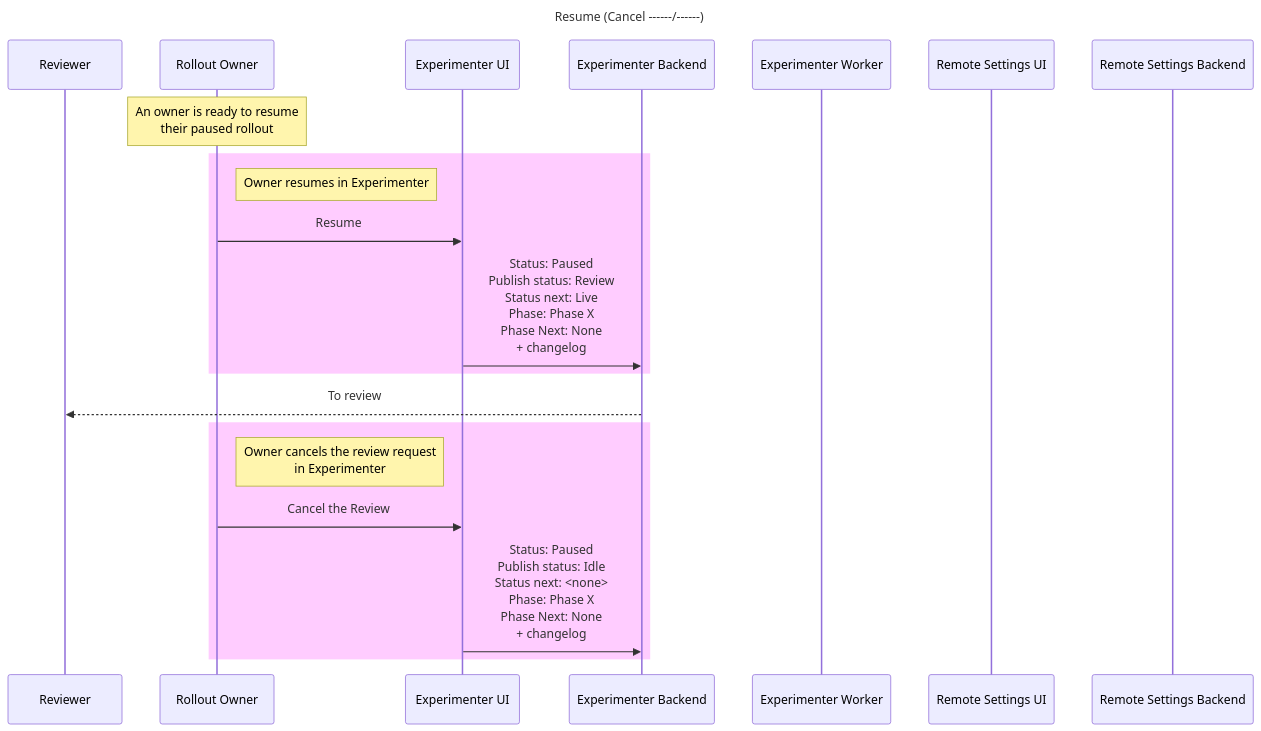
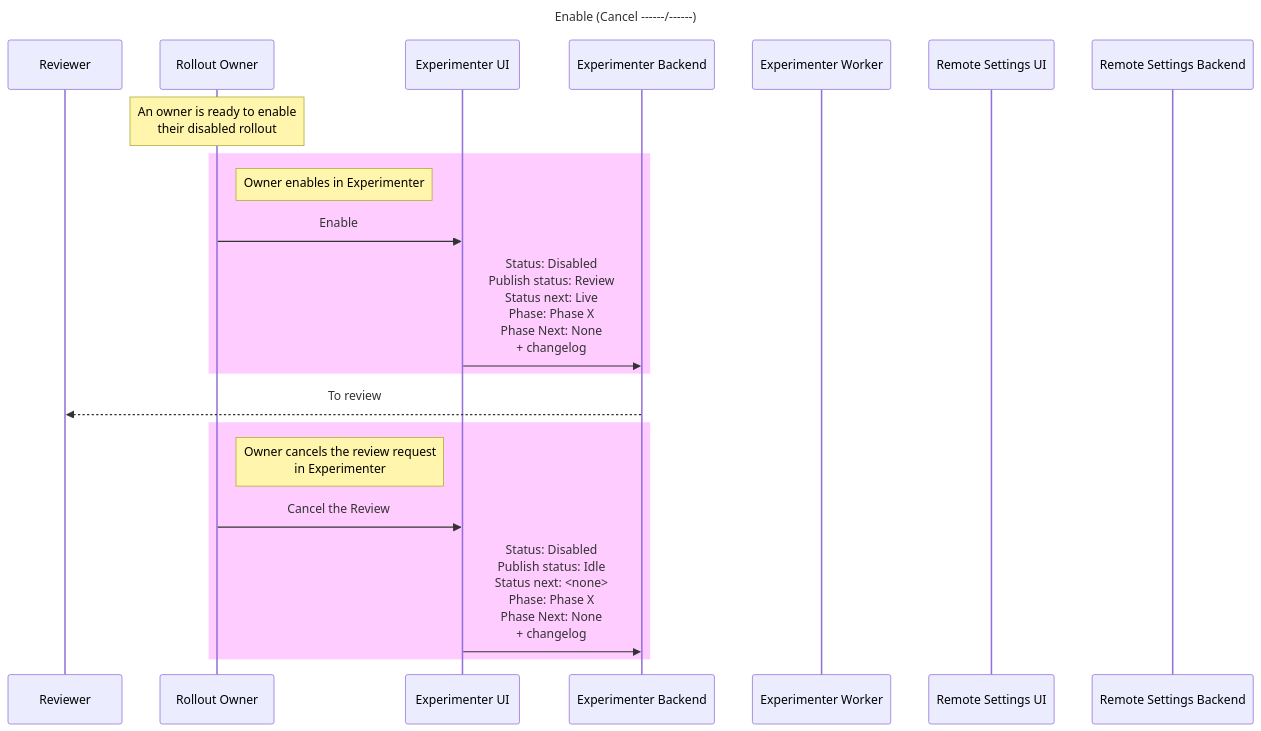
Before and after one commit to mozilla/experimenter: diagram 27 of 27 in docs/experimenter/rollouts.md, drawn with Mermaid. The commit also changed other lines of this file, not shown here.

First line of the commit message:
docs(nimbus): Add rollout mermaid diagrams

````diff
--- a/docs/experimenter/rollouts.md
+++ b/docs/experimenter/rollouts.md
@@ -1255,27 +1255,27 @@
 ```mermaid
     sequenceDiagram
         participant Reviewer
         participant Rollout Owner
         participant Experimenter UI
         participant Experimenter Backend
         participant Experimenter Worker
         participant Remote Settings UI
         participant Remote Settings Backend
-        title Resume (Cancel ------/------)
+        title Enable (Cancel ------/------)
 
-        Note over Rollout Owner: An owner is ready to resume <br/> their paused rollout
+        Note over Rollout Owner: An owner is ready to enable <br/> their disabled rollout
 
         rect rgb(255,204,255)
-            Note right of Rollout Owner: Owner resumes in Experimenter
-            Rollout Owner->>Experimenter UI: Resume
-            Experimenter UI->>Experimenter Backend: Status: Paused <br/> Publish status: Review <br/> Status next: Live <br/> Phase: Phase X <br/> Phase Next: None <br/> + changelog
+            Note right of Rollout Owner: Owner enables in Experimenter
+            Rollout Owner->>Experimenter UI: Enable
+            Experimenter UI->>Experimenter Backend: Status: Disabled <br/> Publish status: Review <br/> Status next: Live <br/> Phase: Phase X <br/> Phase Next: None <br/> + changelog
         end
 
         Experimenter Backend-->>Reviewer: To review
 
         rect rgb(255,204,255)
             Note right of Rollout Owner: Owner cancels the review request <br/> in Experimenter
             Rollout Owner->>Experimenter UI: Cancel the Review
-            Experimenter UI->>Experimenter Backend: Status: Paused <br/> Publish status: Idle <br/> Status next: <none> <br/> Phase: Phase X <br/> Phase Next: None <br/> + changelog
+            Experimenter UI->>Experimenter Backend: Status: Disabled <br/> Publish status: Idle <br/> Status next: <none> <br/> Phase: Phase X <br/> Phase Next: None <br/> + changelog
         end
 ```
````
